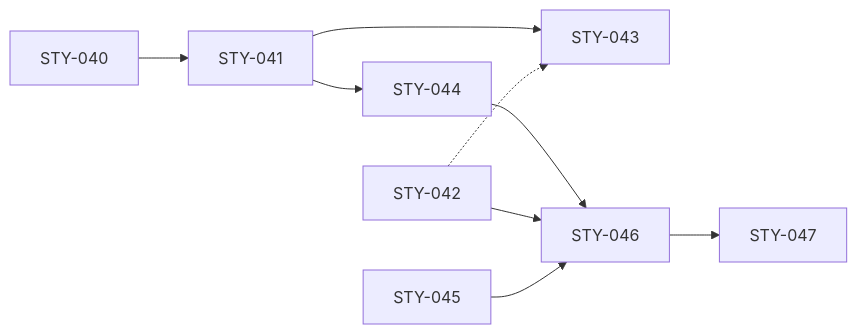
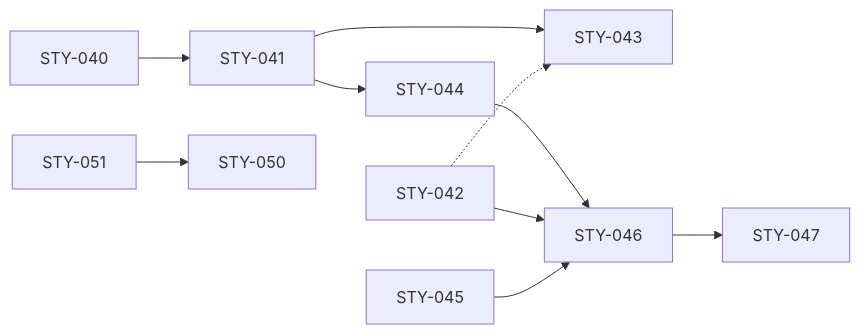
One commit to DHCW-Digital-Health-and-Care-Wales/roadmaps changed the diagram in docs/backlog/EPC-011-adding-roadmaps-and-items/README.md. Above: the diagram before and after it, drawn with Mermaid. The commit also changed other lines of this file and 9 other files, not shown here.

````diff
--- a/docs/backlog/EPC-011-adding-roadmaps-and-items/README.md
+++ b/docs/backlog/EPC-011-adding-roadmaps-and-items/README.md
@@ -200,8 +216,9 @@
 ```mermaid
 flowchart LR
   STY-040 --> STY-041 --> STY-043
   STY-041 --> STY-044 --> STY-046
   STY-042 --> STY-046
   STY-042 -.-> STY-043
   STY-045 --> STY-046 --> STY-047
+  STY-051 --> STY-050
 ```
````
